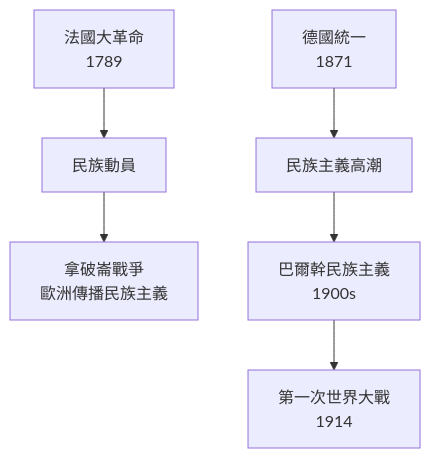
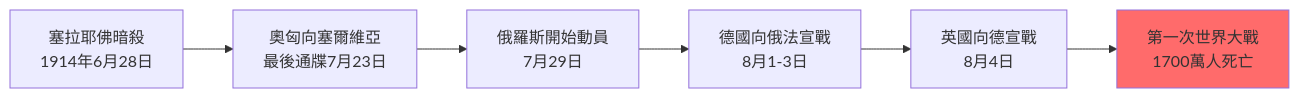
Before and after one commit to yip-lgtm/HKU-Harvard-History-Self-Study: the fourth of 6 diagrams in 01_HKU_Courses/HIST2063_Europe_and_modernity.md, drawn with Mermaid. The commit also changed other lines of this file and 65 other files, not shown here.

````diff
--- a/01_HKU_Courses/HIST2063_Europe_and_modernity.md
+++ b/01_HKU_Courses/HIST2063_Europe_and_modernity.md
@@ -298,9 +214,9 @@
 ```mermaid
-flowchart TD
-    A[法國大革命<br/>1789] --> B[民族動員]
-    B --> C[拿破崙戰爭<br/>歐洲傳播民族主義]
-    
-    D[德國統一<br/>1871] --> E[民族主義高潮]
-    E --> F[巴爾幹民族主義<br/>1900s]
-    F --> G[第一次世界大戰<br/>1914]
+graph LR
+    A["塞拉耶佛暗殺<br/>1914年6月28日"] --> B["奧匈向塞爾維亞<br/>最後通牒7月23日"]
+    B --> C["俄羅斯開始動員<br/>7月29日"]
+    C --> D["德國向俄法宣戰<br/>8月1-3日"]
+    D --> E["英國向德宣戰<br/>8月4日"]
+    E --> F["第一次世界大戰<br/>1700萬人死亡"]
+    style F fill:#FF6B6B
 ```
````
